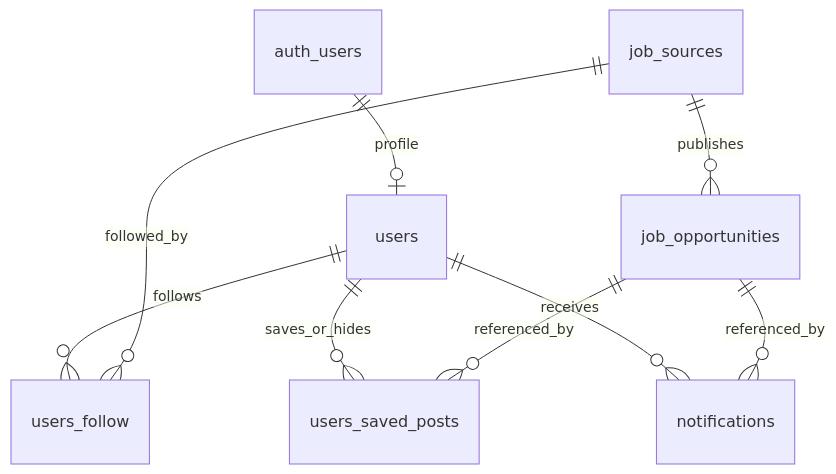
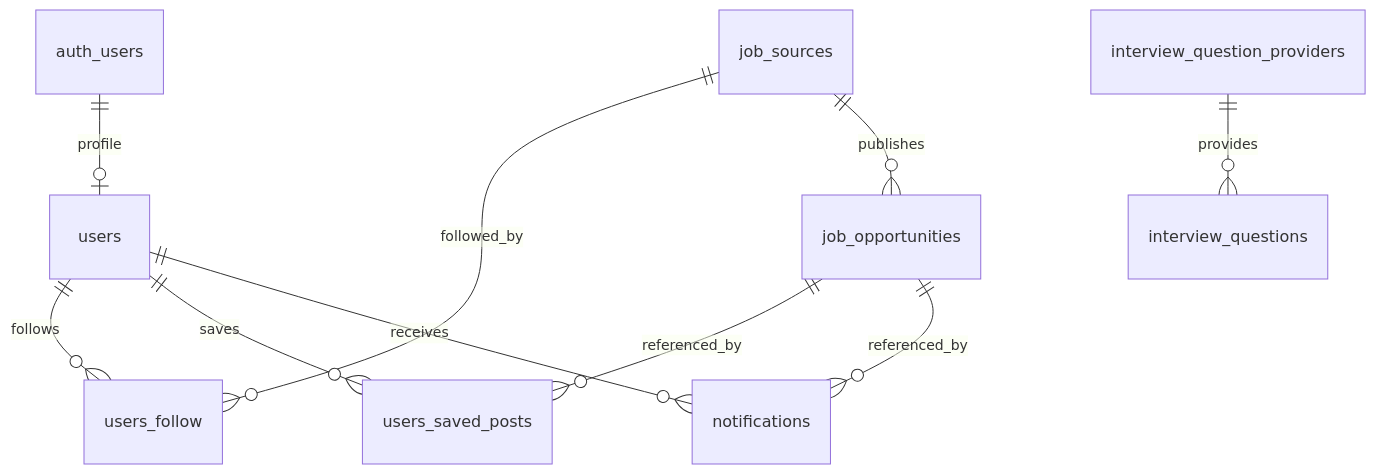
One commit to DungLe939/BE-HireUS-Tools changed the diagram in database/SUPABASE_DB_EXPLAINED.md. Above: the diagram before and after it, drawn with Mermaid. The commit also changed other lines of this file and 1 other file, not shown here.

````diff
--- a/database/SUPABASE_DB_EXPLAINED.md
+++ b/database/SUPABASE_DB_EXPLAINED.md
@@ -14,11 +12,12 @@
 ```mermaid
 erDiagram
     auth_users ||--o| users : profile
     users ||--o{ users_follow : follows
     job_sources ||--o{ users_follow : followed_by
     job_sources ||--o{ job_opportunities : publishes
-    users ||--o{ users_saved_posts : saves_or_hides
+    users ||--o{ users_saved_posts : saves
     job_opportunities ||--o{ users_saved_posts : referenced_by
     users ||--o{ notifications : receives
     job_opportunities ||--o{ notifications : referenced_by
+    interview_question_providers ||--o{ interview_questions : provides
 ```
````
